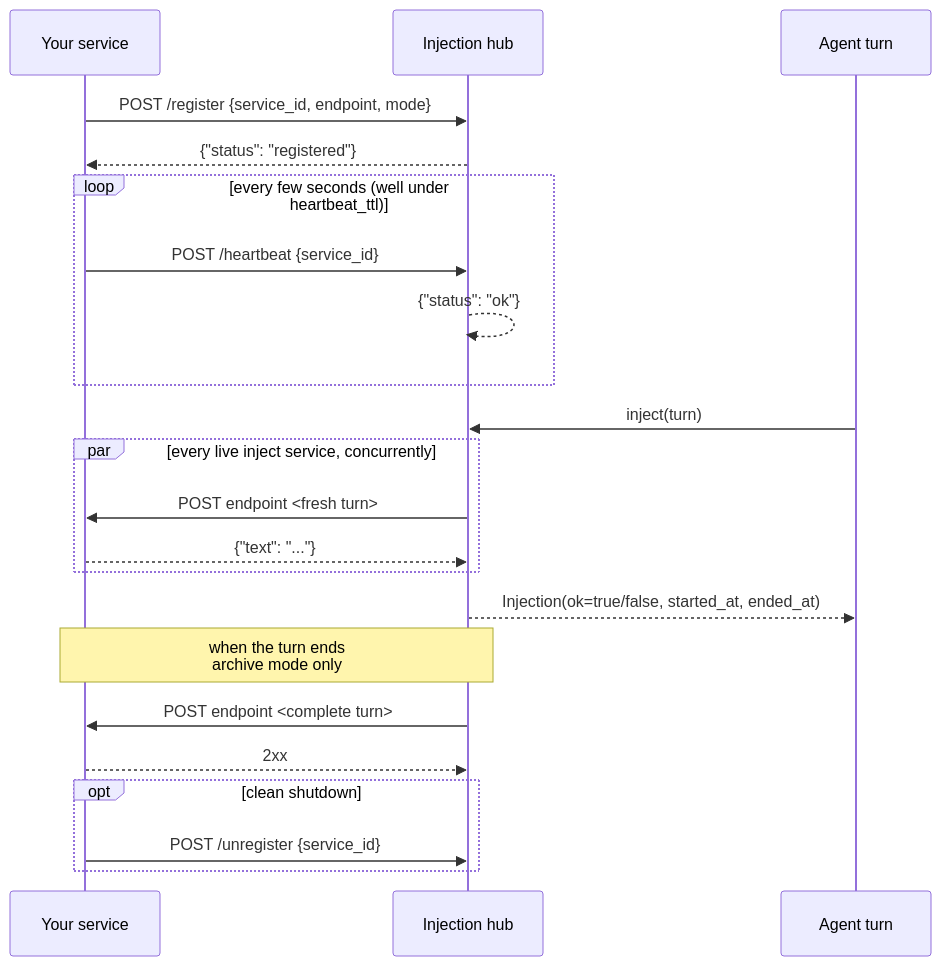
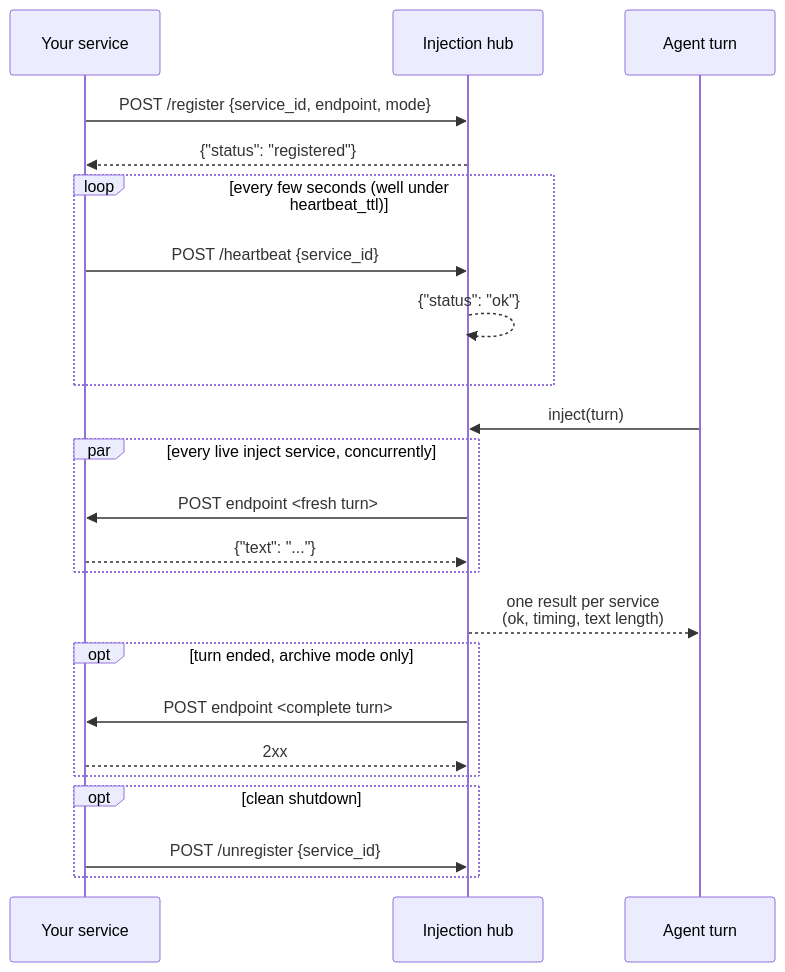
One commit to DarkSpaceY/NAN-itself changed the first of 3 diagrams in docs/for-service-authors/injection-service.md. Above: the diagram before and after it, drawn with Mermaid. The commit also changed other lines of this file and 10 other files, not shown here.

````diff
--- a/docs/for-service-authors/injection-service.md
+++ b/docs/for-service-authors/injection-service.md
@@ -10,29 +9,30 @@
 ```mermaid
 sequenceDiagram
     participant S as Your service
     participant H as Injection hub
     participant A as Agent turn
 
     S->>H: POST /register {service_id, endpoint, mode}
     H-->>S: {"status": "registered"}
 
     loop every few seconds (well under heartbeat_ttl)
         S->>H: POST /heartbeat {service_id}
         H-->>H: {"status": "ok"}
     end
 
     A->>H: inject(turn)
     par every live inject service, concurrently
         H->>S: POST endpoint <fresh turn>
         S-->>H: {"text": "..."}
     end
-    H-->>A: Injection(ok=true/false, started_at, ended_at)
+    H-->>A: one result per service<br/>(ok, timing, text length)
 
-    Note over H,S: when the turn ends<br/>archive mode only
+    opt turn ended, archive mode only
         H->>S: POST endpoint <complete turn>
         S-->>H: 2xx
+    end
 
     opt clean shutdown
         S->>H: POST /unregister {service_id}
     end
 ```
````
